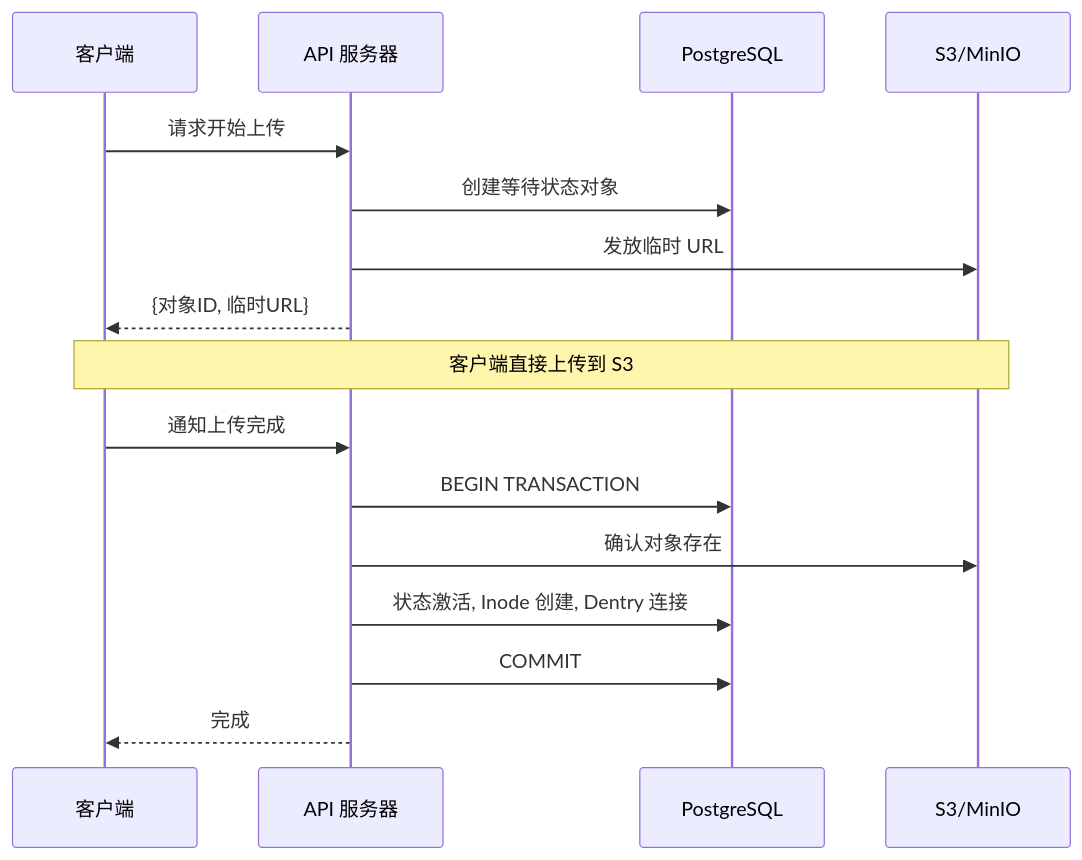
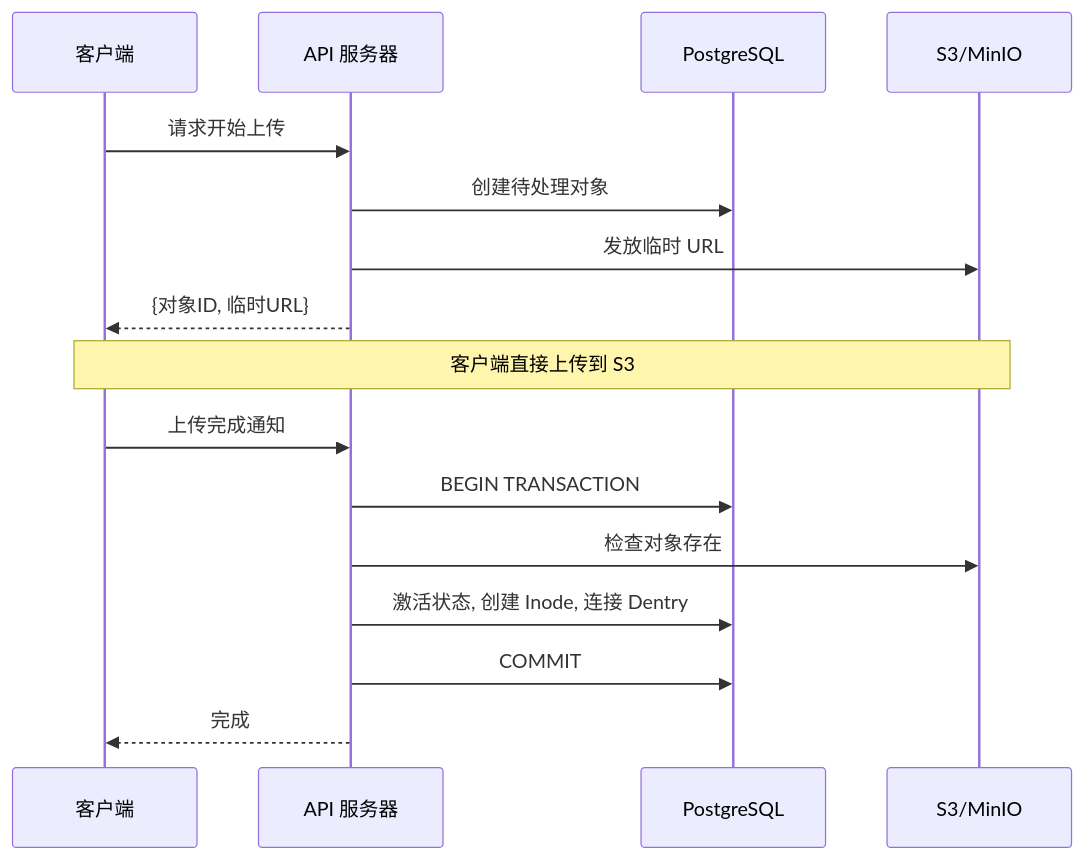
One commit to mandacode-labs/mandacode-devs changed the second of 2 diagrams in src/content/blog/retrowin-deep-dive/zh.md. Above: the diagram before and after it, drawn with Mermaid. The commit also changed other lines of this file and 28 other files, not shown here.

````diff
--- a/src/content/blog/retrowin-deep-dive/zh.md
+++ b/src/content/blog/retrowin-deep-dive/zh.md
@@ -65,21 +45,21 @@
 ```mermaid
 sequenceDiagram
     participant Client as 客户端
     participant API as API 服务器
     participant DB as PostgreSQL
     participant S3 as S3/MinIO
 
     Client->>API: 请求开始上传
-    API->>DB: 创建等待状态对象
+    API->>DB: 创建待处理对象
     API->>S3: 发放临时 URL
     API-->>Client: {对象ID, 临时URL}
 
     Note over Client,S3: 客户端直接上传到 S3
 
-    Client->>API: 通知上传完成
+    Client->>API: 上传完成通知
     API->>DB: BEGIN TRANSACTION
-    API->>S3: 确认对象存在
-    API->>DB: 状态激活, Inode 创建, Dentry 连接
+    API->>S3: 检查对象存在
+    API->>DB: 激活状态, 创建 Inode, 连接 Dentry
     API->>DB: COMMIT
     API-->>Client: 完成
 ```
````
